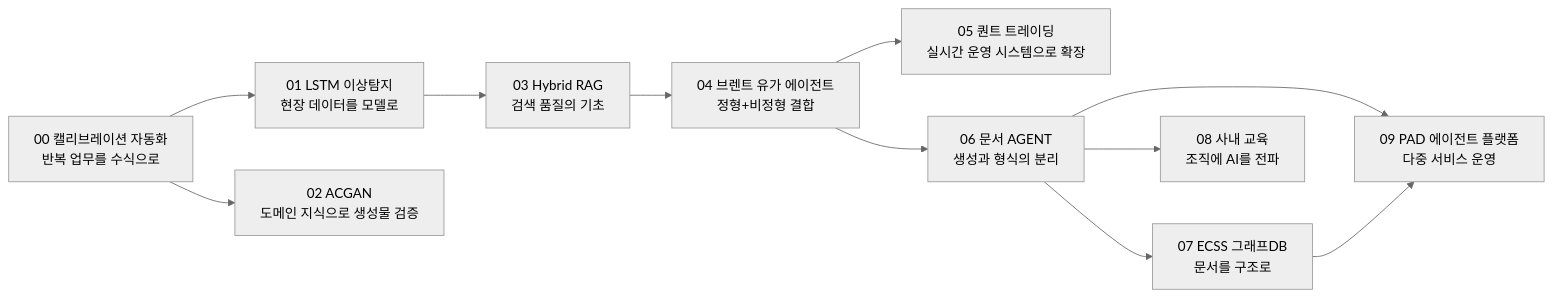
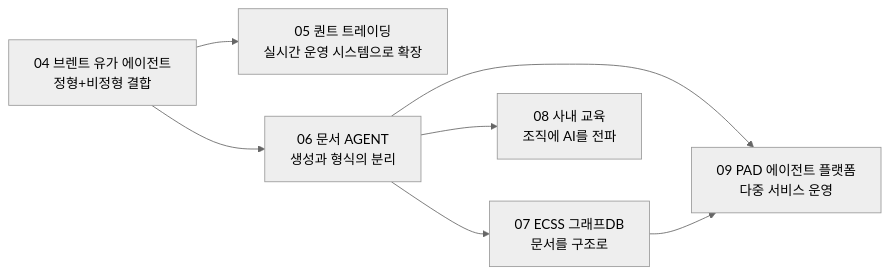
One commit to funpinbo/leejaehwi-story changed the diagram in README.md. Above: the diagram before and after it, drawn with Mermaid (neutral theme). The commit also changed other lines of this file and 19 other files, not shown here.

````diff
--- a/README.md
+++ b/README.md
@@ -39,13 +35,10 @@
 ```mermaid
 flowchart LR
-    A[00 캘리브레이션 자동화<br/>반복 업무를 수식으로] --> B[01 LSTM 이상탐지<br/>현장 데이터를 모델로]
-    A --> C[02 ACGAN<br/>도메인 지식으로 생성물 검증]
-    B --> D[03 Hybrid RAG<br/>검색 품질의 기초]
-    D --> E[04 브렌트 유가 에이전트<br/>정형+비정형 결합]
+    E[04 브렌트 유가 에이전트<br/>정형+비정형 결합]
     E --> F[05 퀀트 트레이딩<br/>실시간 운영 시스템으로 확장]
     E --> G[06 문서 AGENT<br/>생성과 형식의 분리]
     G --> H[07 ECSS 그래프DB<br/>문서를 구조로]
     G --> I[08 사내 교육<br/>조직에 AI를 전파]
     G --> J[09 PAD 에이전트 플랫폼<br/>다중 서비스 운영]
     H --> J
 ```
````
